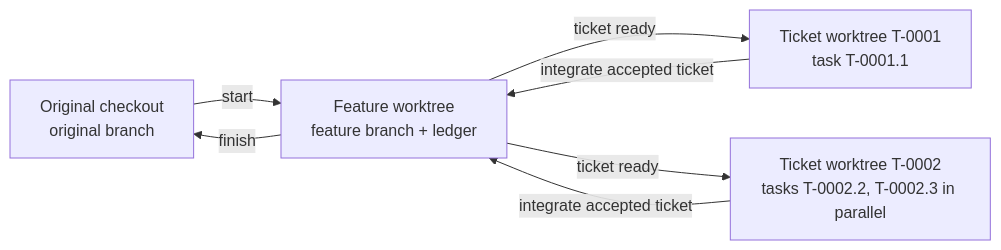
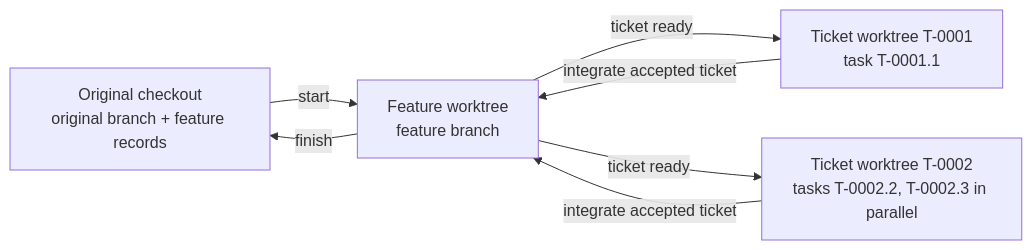
The second of 7 diagrams in SDD-WORKFLOWS.md (UseTheFork/spindle), drawn with Mermaid before and after one commit. The commit also changed other lines of this file, not shown here.

Commit message:
feat: clarify feature workspace records and workflow documentation

````diff
--- a/SDD-WORKFLOWS.md
+++ b/SDD-WORKFLOWS.md
@@ -153,13 +158,13 @@
 ```mermaid
 flowchart LR
-    O["Original checkout<br/>original branch"]
-    F["Feature worktree<br/>feature branch + ledger"]
+    O["Original checkout<br/>original branch + feature records"]
+    F["Feature worktree<br/>feature branch"]
     T1["Ticket worktree T-0001<br/>task T-0001.1"]
     T2["Ticket worktree T-0002<br/>tasks T-0002.2, T-0002.3 in parallel"]
     O -->|"start"| F
     F -->|"ticket ready"| T1
     F -->|"ticket ready"| T2
     T1 -->|"integrate accepted ticket"| F
     T2 -->|"integrate accepted ticket"| F
     F -->|"finish"| O
 ```
````
